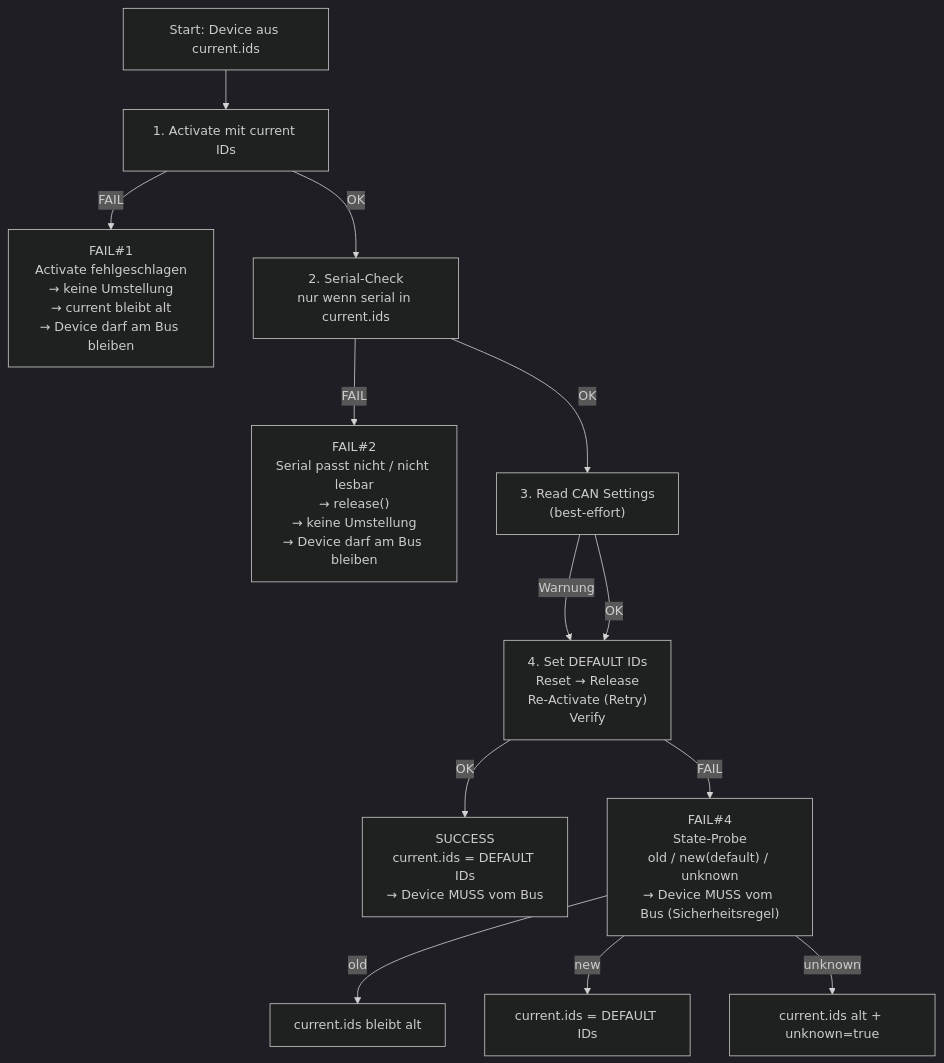
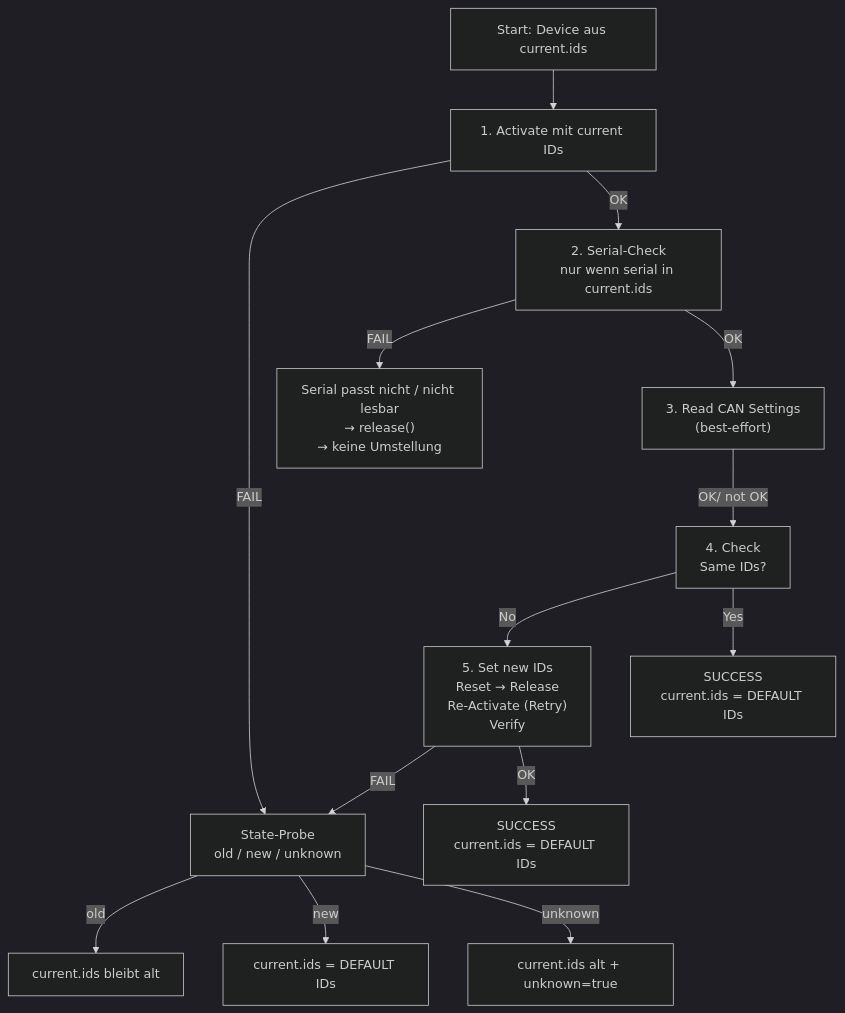
Diagram 13 of 23 in README.md (me-systeme/StartupCAN), drawn with Mermaid (dark theme) before and after one commit. The commit also changed other lines of this file and 2 other files, not shown here.

````diff
--- a/README.md
+++ b/README.md
@@ -301,21 +307,23 @@
 ```mermaid
 flowchart TD
   A["Start: Device aus current.ids"] --> B["1. Activate mit current IDs"]
 
-  B -->|FAIL| F1["FAIL#1<br/>Activate fehlgeschlagen<br/>→ keine Umstellung<br/>→ current bleibt alt<br/>→ Device darf am Bus bleiben"]
+  B -->|FAIL| P
   B -->|OK| C["2. Serial-Check<br/>nur wenn serial in current.ids"]
 
-  C -->|FAIL| F2["FAIL#2<br/>Serial passt nicht / nicht lesbar<br/>→ release()<br/>→ keine Umstellung<br/>→ Device darf am Bus bleiben"]
+  C -->|FAIL| F2["Serial passt nicht / nicht lesbar<br/>→ release()<br/>→ keine Umstellung"]
   C -->|OK| D["3. Read CAN Settings<br/>(best-effort)"]
 
-  D -->|Warnung| E
-  D -->|OK| E["4. Set DEFAULT IDs<br/>Reset → Release<br/>Re-Activate (Retry)<br/>Verify"]
+  D -->|OK/ not OK| E["4. Check <br/>Same IDs?"]
 
-  E -->|OK| S["SUCCESS<br/>current.ids = DEFAULT IDs<br/>→ Device MUSS vom Bus"]
-  E -->|FAIL| P["FAIL#4<br/>State-Probe<br/>old / new(default) / unknown<br/>→ Device MUSS vom Bus (Sicherheitsregel)"]
+  E -->|No| F["5. Set new IDs<br/>Reset → Release<br/>Re-Activate (Retry)<br/>Verify"]
+  E -->|Yes| F3["SUCCESS<br/>current.ids = DEFAULT IDs"]
+  
+  F -->|FAIL| P["State-Probe<br/>old / new / unknown"]
+  F -->|OK| S["SUCCESS<br/>current.ids = DEFAULT IDs"]
 
   P -->|old| O["current.ids bleibt alt"]
   P -->|new| N["current.ids = DEFAULT IDs"]
   P -->|unknown| U["current.ids alt + unknown=true"]
 
 ```
````
